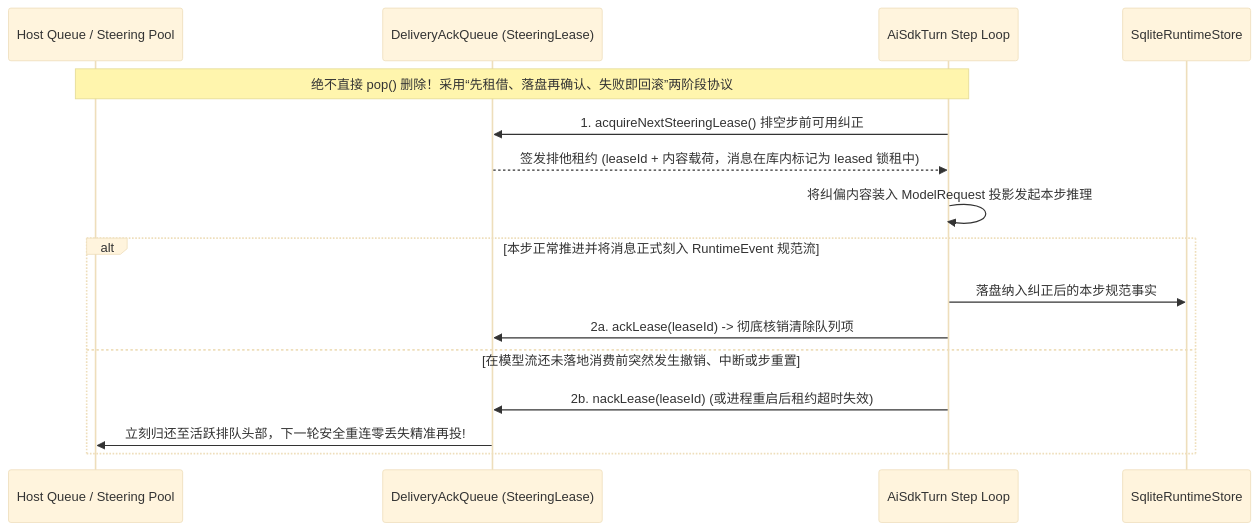
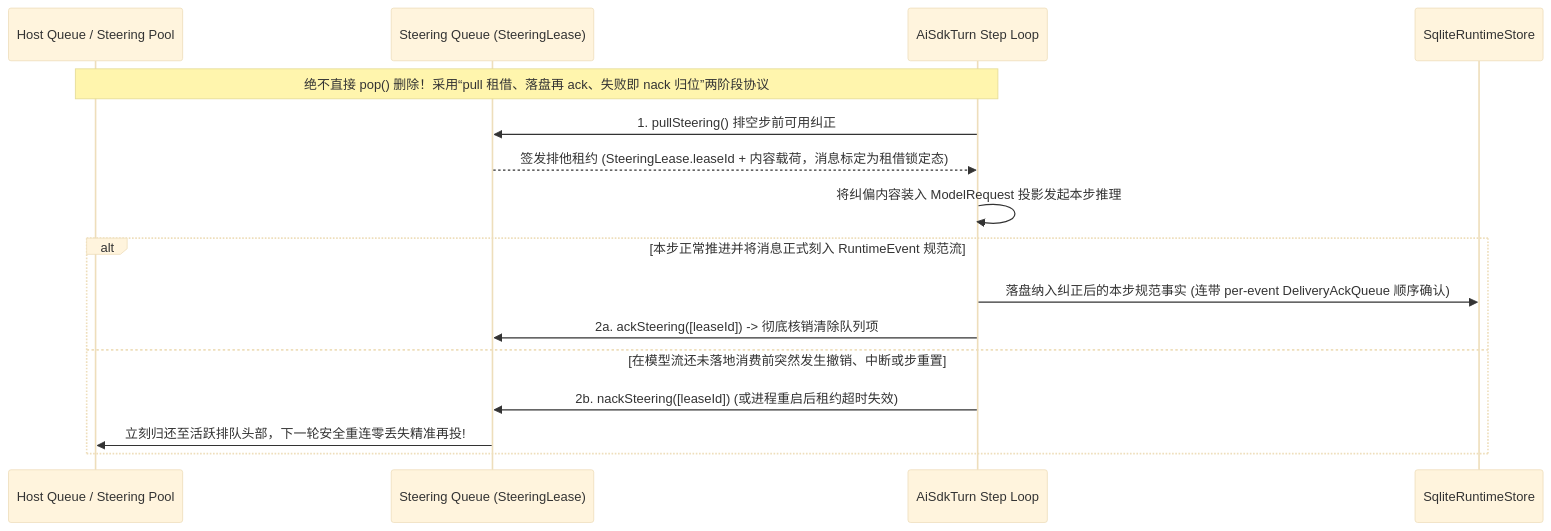
Before and after one commit to suger-m/agent-infrastructure-docs: the diagram in maka-agent-infra/05-coordination/queues-and-admission.md, drawn with Mermaid (base theme). The commit also changed other lines of this file and 11 other files, not shown here.

````diff
--- a/maka-agent-infra/05-coordination/queues-and-admission.md
+++ b/maka-agent-infra/05-coordination/queues-and-admission.md
@@ -34,19 +34,19 @@
 ```mermaid
 sequenceDiagram
     participant Gate as Host Queue / Steering Pool
-    participant Lease as DeliveryAckQueue (SteeringLease)
+    participant Lease as Steering Queue (SteeringLease)
     participant Turn as AiSdkTurn Step Loop
     participant Store as SqliteRuntimeStore
 
-    Note over Gate,Turn: 绝不直接 pop() 删除！采用“先租借、落盘再确认、失败即回滚”两阶段协议
-    Turn->>Lease: 1. acquireNextSteeringLease() 排空步前可用纠正
-    Lease-->>Turn: 签发排他租约 (leaseId + 内容载荷，消息在库内标记为 leased 锁租中)
+    Note over Gate,Turn: 绝不直接 pop() 删除！采用“pull 租借、落盘再 ack、失败即 nack 归位”两阶段协议
+    Turn->>Lease: 1. pullSteering() 排空步前可用纠正
+    Lease-->>Turn: 签发排他租约 (SteeringLease.leaseId + 内容载荷，消息标定为租借锁定态)
     Turn->>Turn: 将纠偏内容装入 ModelRequest 投影发起本步推理
     alt 本步正常推进并将消息正式刻入 RuntimeEvent 规范流
-        Turn->>Store: 落盘纳入纠正后的本步规范事实
-        Turn->>Lease: 2a. ackLease(leaseId) -> 彻底核销清除队列项
+        Turn->>Store: 落盘纳入纠正后的本步规范事实 (连带 per-event DeliveryAckQueue 顺序确认)
+        Turn->>Lease: 2a. ackSteering([leaseId]) -> 彻底核销清除队列项
     else 在模型流还未落地消费前突然发生撤销、中断或步重置
-        Turn->>Lease: 2b. nackLease(leaseId) (或进程重启后租约超时失效)
+        Turn->>Lease: 2b. nackSteering([leaseId]) (或进程重启后租约超时失效)
         Lease->>Gate: 立刻归还至活跃排队头部，下一轮安全重连零丢失精准再投!
     end
 ```
````
